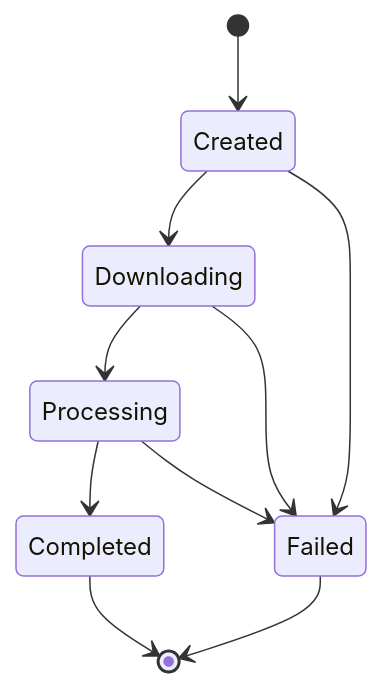
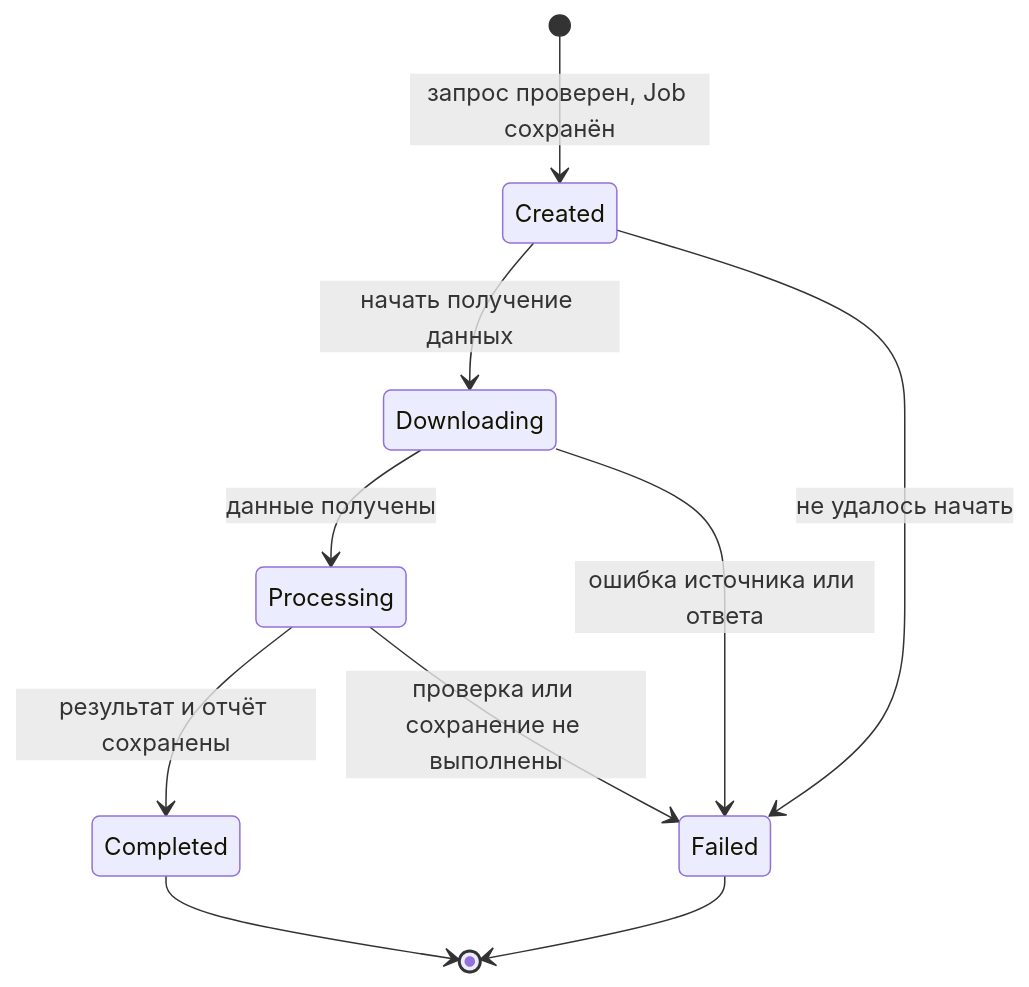
Before and after one commit to NaVi-4oK/team-amd: the fourth of 4 diagrams in architecture.md, drawn with Mermaid. The commit also changed other lines of this file, not shown here.

````diff
--- a/architecture.md
+++ b/architecture.md
@@ -39,12 +103,12 @@
 ```mermaid
 stateDiagram-v2
-    [*] --> Created
-    Created --> Downloading
-    Created --> Failed
-    Downloading --> Processing
-    Downloading --> Failed
-    Processing --> Completed
-    Processing --> Failed
+    [*] --> Created: запрос проверен, Job сохранён
+    Created --> Downloading: начать получение данных
+    Created --> Failed: не удалось начать
+    Downloading --> Processing: данные получены
+    Downloading --> Failed: ошибка источника или ответа
+    Processing --> Completed: результат и отчёт сохранены
+    Processing --> Failed: проверка или сохранение не выполнены
     Completed --> [*]
     Failed --> [*]
 ```
````
